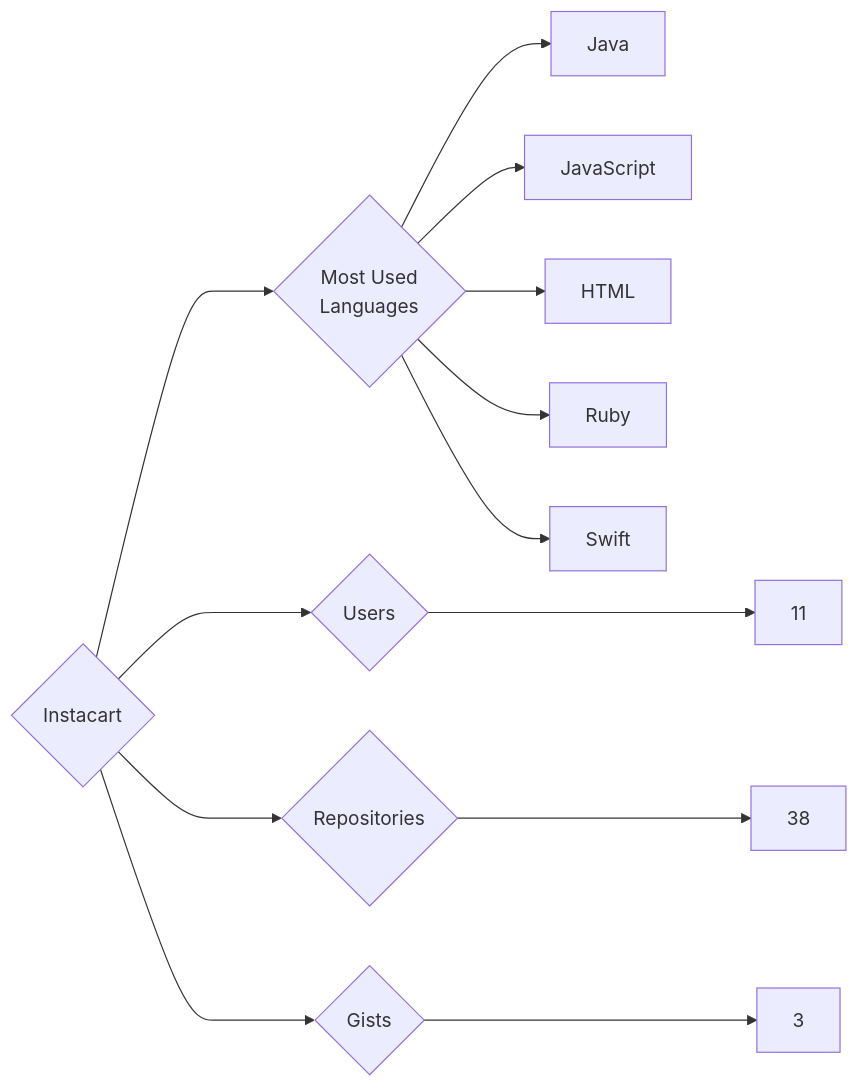
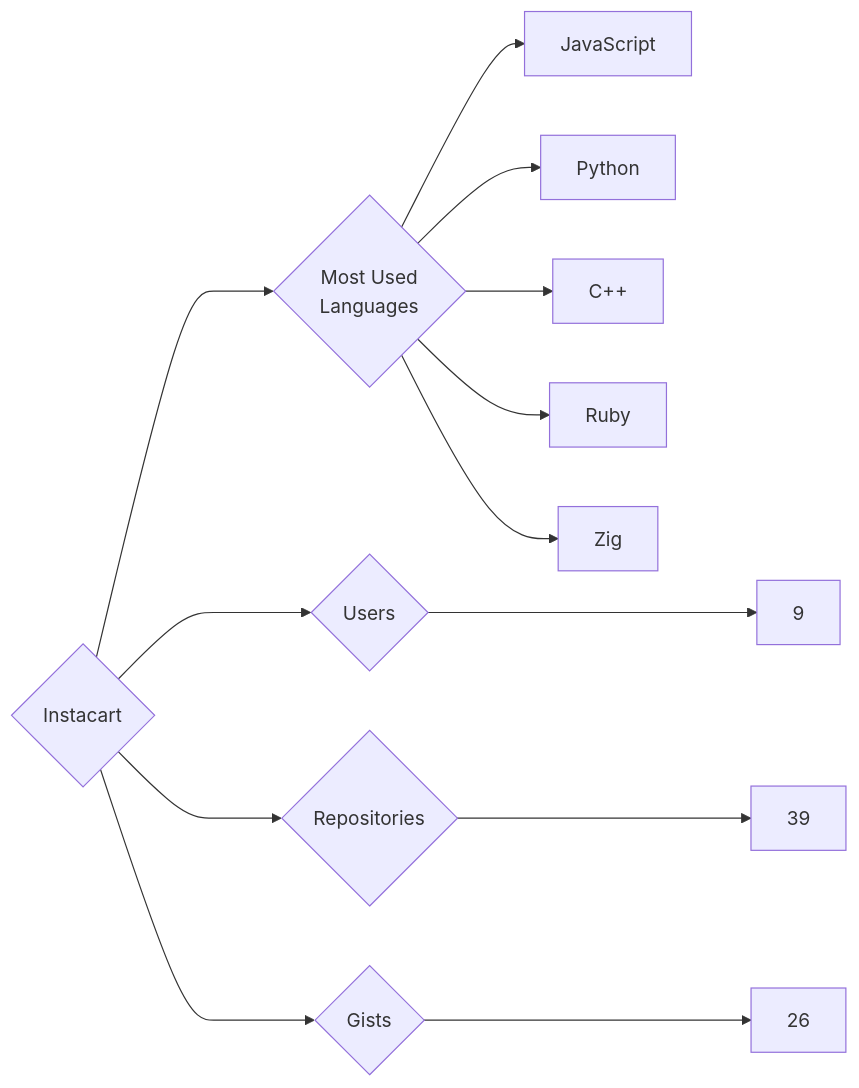
One commit to trickest/insiders changed the diagram in targets/Instacart/README.md. Above: the diagram before and after it, drawn with Mermaid. The commit also changed 1003 other files, not shown here.

````diff
--- a/targets/Instacart/README.md
+++ b/targets/Instacart/README.md
@@ -3,13 +3,13 @@
 ```mermaid
 graph LR
 COMPANY_NAME{Instacart}
-COMPANY_NAME ---> U{Users} ---> UN[11]
-COMPANY_NAME ---> R{Repositories} ---> RN[38]
-COMPANY_NAME ---> G{Gists} ---> GN[3]
+COMPANY_NAME ---> U{Users} ---> UN[9]
+COMPANY_NAME ---> R{Repositories} ---> RN[39]
+COMPANY_NAME ---> G{Gists} ---> GN[26]
 COMPANY_NAME ---> ML{Most Used<br>Languages}
-ML --> Java[Java]
 ML --> JavaScript[JavaScript]
-ML --> HTML[HTML]
+ML --> Python[Python]
+ML --> C++[C++]
 ML --> Ruby[Ruby]
-ML --> Swift[Swift]
+ML --> Zig[Zig]
 ```
````
